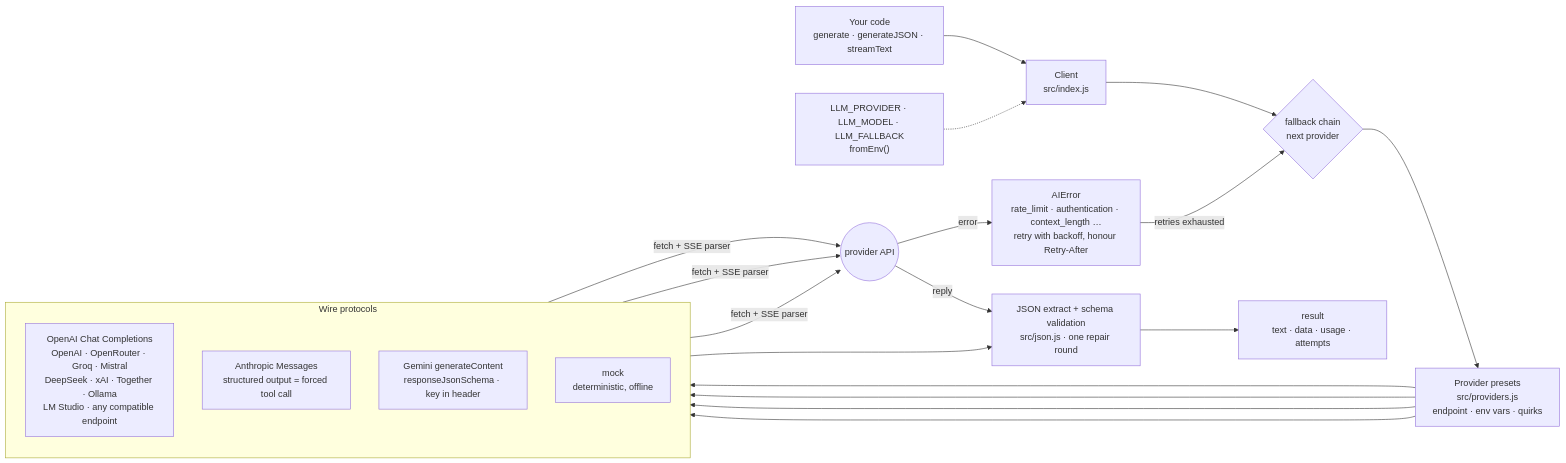
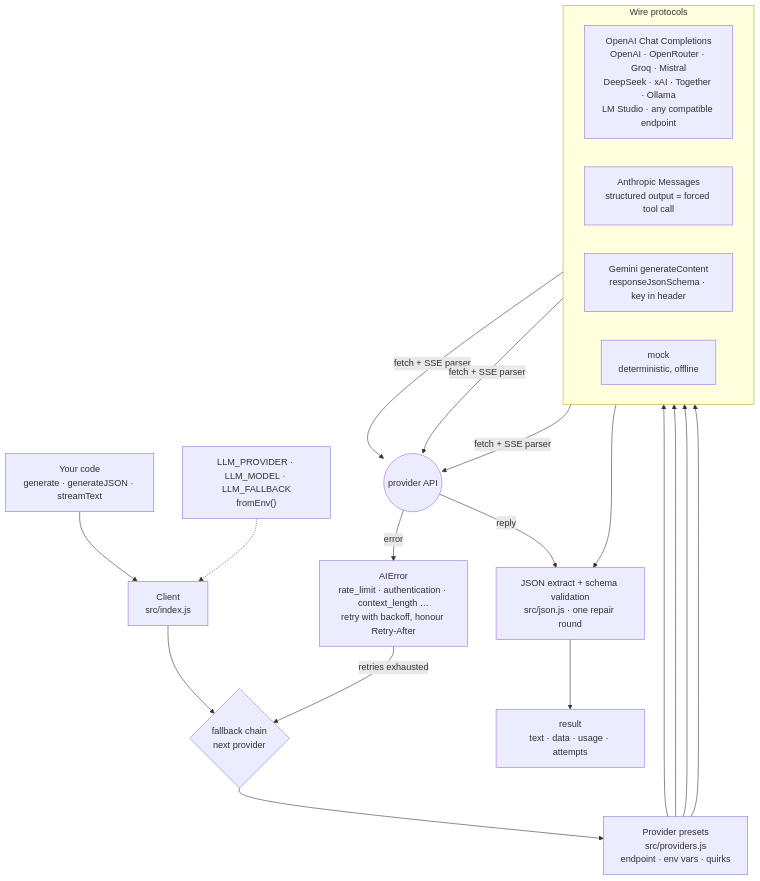
The diagram in README.md (Tngc93/universal-llm-client), drawn with Mermaid before and after one commit. The commit also changed 1 other file, not shown here.

Commit message:
docs: lay out the Mermaid diagram top-down so it stays readable at README width
Claude-Session: https://claude.ai/code/session_01SQrhUJUzzMBpUcQDcUhcd1

````diff
--- a/README.md
+++ b/README.md
@@ -53,23 +53,23 @@
 ```mermaid
-flowchart LR
+flowchart TB
   app["Your code<br/>generate · generateJSON · streamText"] --> client["Client<br/>src/index.js"]
   env["LLM_PROVIDER · LLM_MODEL · LLM_FALLBACK<br/>fromEnv()"] -.-> client
   client --> chain{"fallback chain<br/>next provider"}
   chain --> presets["Provider presets<br/>src/providers.js<br/>endpoint · env vars · quirks"]
 
   subgraph protocols["Wire protocols"]
-    direction TB
+    direction LR
     openai["OpenAI Chat Completions<br/>OpenAI · OpenRouter · Groq · Mistral<br/>DeepSeek · xAI · Together · Ollama<br/>LM Studio · any compatible endpoint"]
     anthropic["Anthropic Messages<br/>structured output = forced tool call"]
     gemini["Gemini generateContent<br/>responseJsonSchema · key in header"]
     mock["mock<br/>deterministic, offline"]
   end
 
   presets --> openai & anthropic & gemini & mock
   openai & anthropic & gemini -- "fetch + SSE parser" --> net(("provider API"))
   net -- "error" --> errors["AIError<br/>rate_limit · authentication · context_length …<br/>retry with backoff, honour Retry-After"]
   errors -- "retries exhausted" --> chain
   net -- "reply" --> json["JSON extract + schema validation<br/>src/json.js · one repair round"]
   mock --> json
   json --> result["result<br/>text · data · usage · attempts"]
 ```
````
